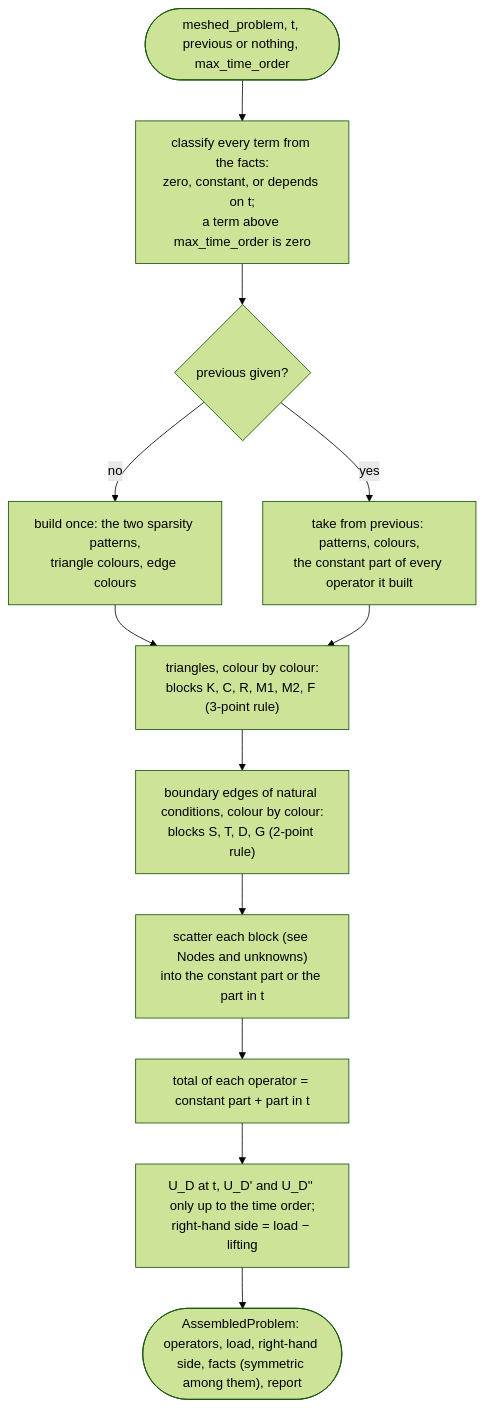
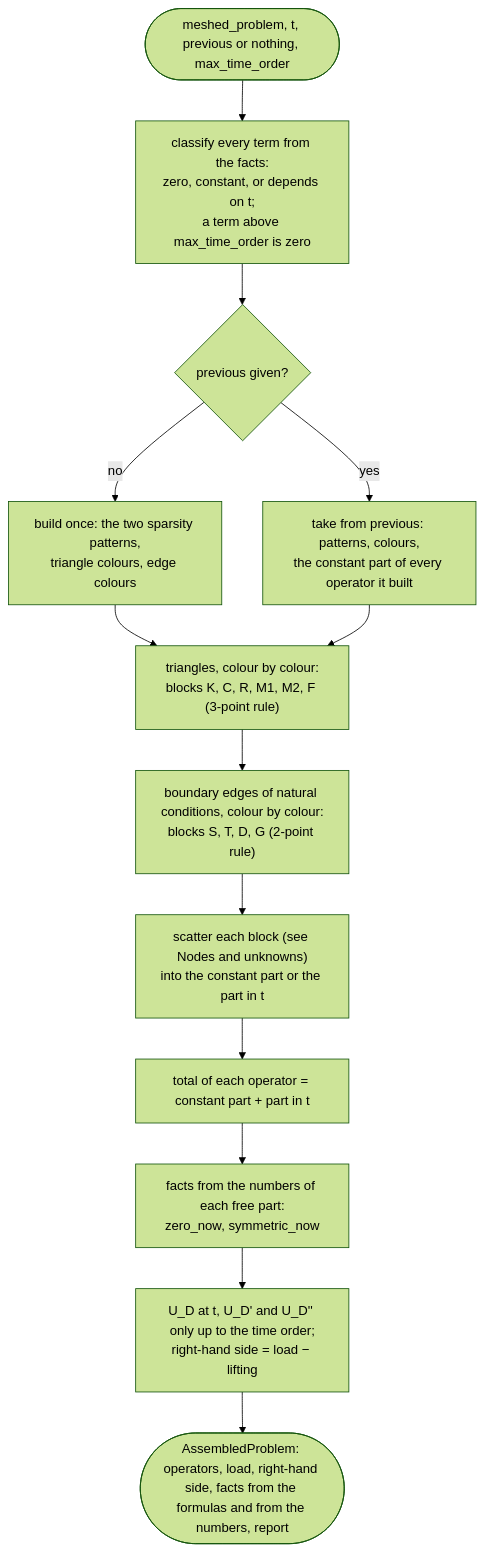
The eighth of 11 diagrams in docs/architecture.md (dmglushko/2d-pde), drawn with Mermaid (forest theme) before and after one commit. The commit also changed other lines of this file and 1 other file, not shown here.

Commit message:
Document the two kinds of matrix facts, Assembler::time_order and StartNeeds

````diff
--- a/docs/architecture.md
+++ b/docs/architecture.md
@@ -340,19 +342,20 @@
 ```mermaid
 flowchart TD
     START(["meshed_problem, t, previous or nothing, max_time_order"])
     PLAN["classify every term from the facts:<br/>zero, constant, or depends on t;<br/>a term above max_time_order is zero"]
     HAVE{"previous given?"}
     STRUCT["build once: the two sparsity patterns,<br/>triangle colours, edge colours"]
     REUSE["take from previous: patterns, colours,<br/>the constant part of every operator it built"]
     TRI["triangles, colour by colour:<br/>blocks K, C, R, M1, M2, F (3-point rule)"]
     EDGE["boundary edges of natural conditions, colour by colour:<br/>blocks S, T, D, G (2-point rule)"]
     SCAT["scatter each block (see Nodes and unknowns)<br/>into the constant part or the part in t"]
     TOT["total of each operator = constant part + part in t"]
     RHS["U_D at t, U_D' and U_D'' only up to the time order;<br/>right-hand side = load − lifting"]
-    OUT(["AssembledProblem: operators, load, right-hand side, facts (symmetric among them), report"])
+    FACTS["facts from the numbers of each free part:<br/>zero_now, symmetric_now"]
+    OUT(["AssembledProblem: operators, load, right-hand side, facts from the formulas and from the numbers, report"])
 
     START --> PLAN --> HAVE
     HAVE -- no --> STRUCT --> TRI
     HAVE -- yes --> REUSE --> TRI
-    TRI --> EDGE --> SCAT --> TOT --> RHS --> OUT
+    TRI --> EDGE --> SCAT --> TOT --> FACTS --> RHS --> OUT
 ```
````
